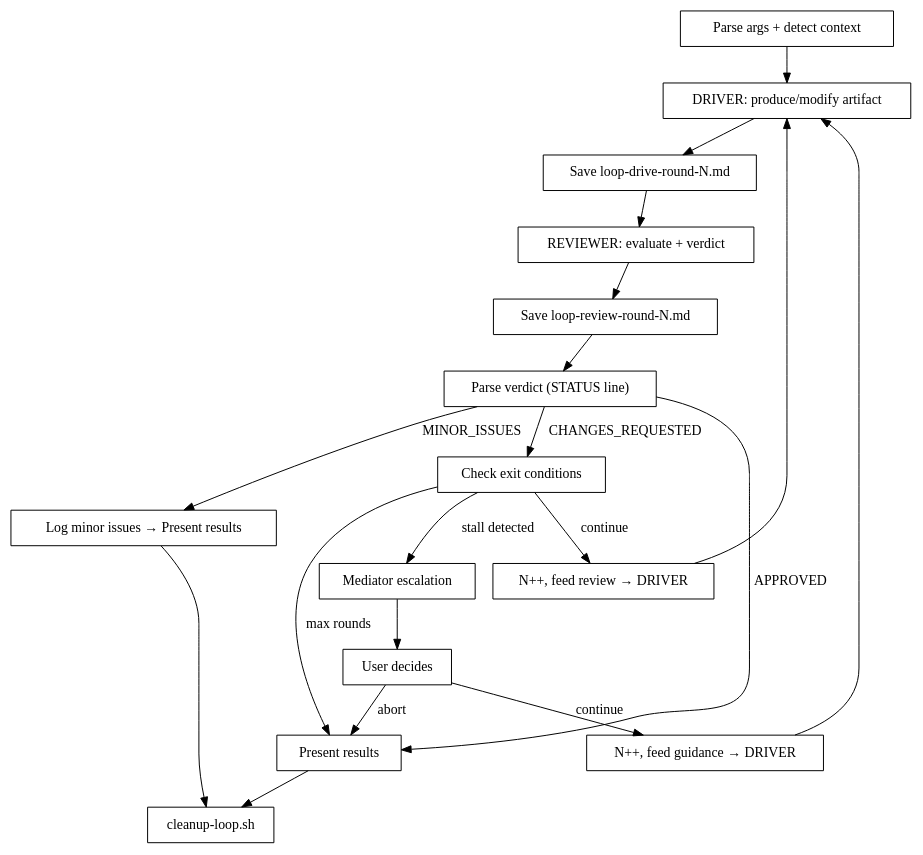
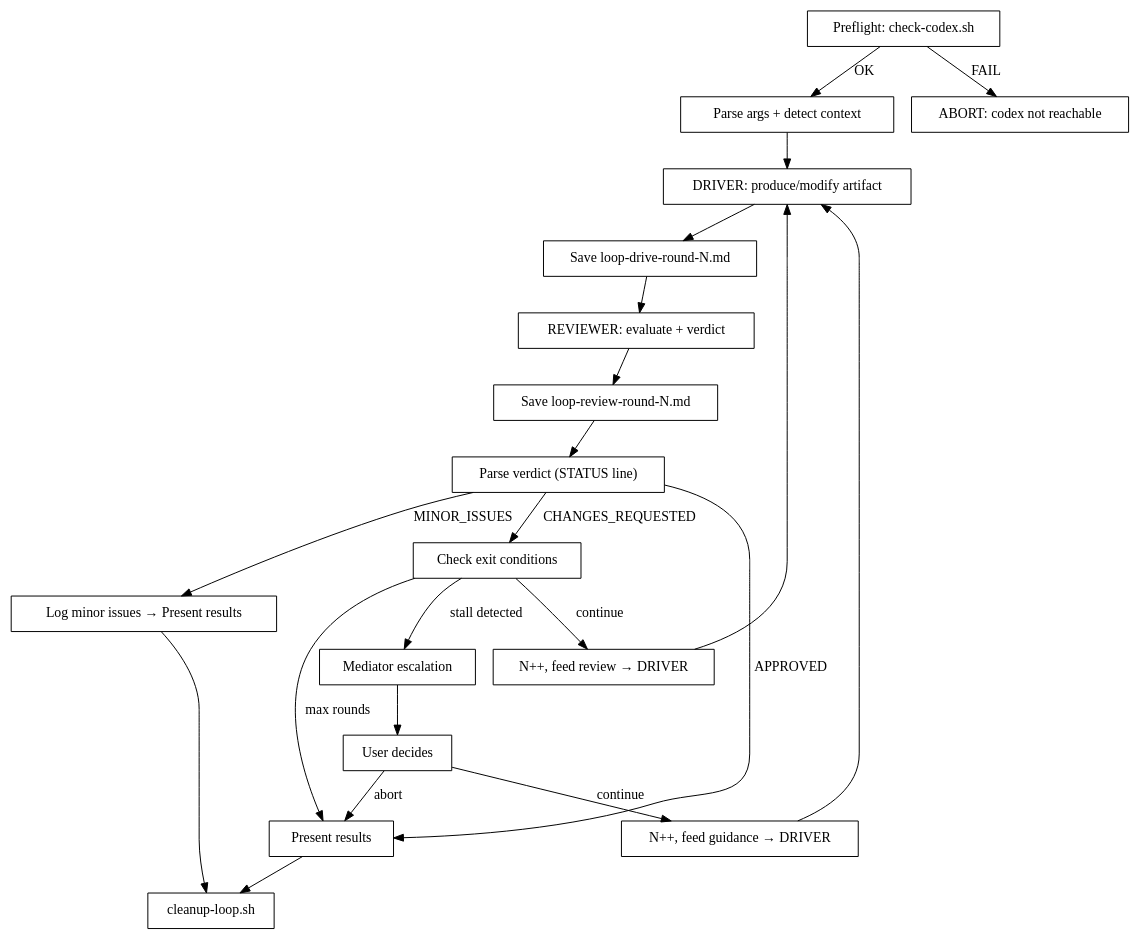
One commit to DmitriyYukhanov/claude-plugins changed the diagram in plugins/collaborative-loop/skills/collaborative-loop/SKILL.md. Above: the diagram before and after it, drawn with Graphviz. The commit also changed other lines of this file and 13 other files, not shown here.

First line of the commit message:
Add Codex preflight check with WSL support and shared script pattern

````diff
--- a/plugins/collaborative-loop/skills/collaborative-loop/SKILL.md
+++ b/plugins/collaborative-loop/skills/collaborative-loop/SKILL.md
@@ -39,29 +46,31 @@
 ```dot
 digraph collaborative_loop {
     rankdir=TB;
     node [shape=box];
 
+    "Preflight: check-codex.sh" -> "Parse args + detect context" [label="OK"];
+    "Preflight: check-codex.sh" -> "ABORT: codex not reachable" [label="FAIL"];
     "Parse args + detect context" -> "DRIVER: produce/modify artifact";
     "DRIVER: produce/modify artifact" -> "Save loop-drive-round-N.md";
     "Save loop-drive-round-N.md" -> "REVIEWER: evaluate + verdict";
     "REVIEWER: evaluate + verdict" -> "Save loop-review-round-N.md";
     "Save loop-review-round-N.md" -> "Parse verdict (STATUS line)";
 
     "Parse verdict (STATUS line)" -> "Present results" [label="APPROVED"];
     "Parse verdict (STATUS line)" -> "Log minor issues → Present results" [label="MINOR_ISSUES"];
     "Parse verdict (STATUS line)" -> "Check exit conditions" [label="CHANGES_REQUESTED"];
 
     "Check exit conditions" -> "Mediator escalation" [label="stall detected"];
     "Check exit conditions" -> "Present results" [label="max rounds"];
     "Check exit conditions" -> "N++, feed review → DRIVER" [label="continue"];
 
     "N++, feed review → DRIVER" -> "DRIVER: produce/modify artifact";
     "Mediator escalation" -> "User decides";
     "User decides" -> "N++, feed guidance → DRIVER" [label="continue"];
     "User decides" -> "Present results" [label="abort"];
     "N++, feed guidance → DRIVER" -> "DRIVER: produce/modify artifact";
 
     "Log minor issues → Present results" -> "cleanup-loop.sh";
     "Present results" -> "cleanup-loop.sh";
 }
 ```
````
